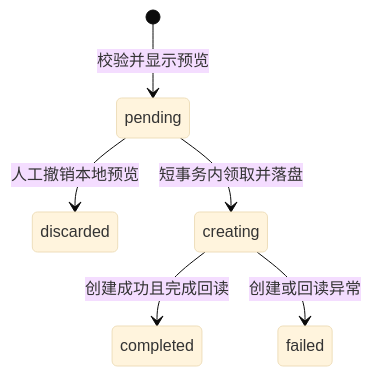
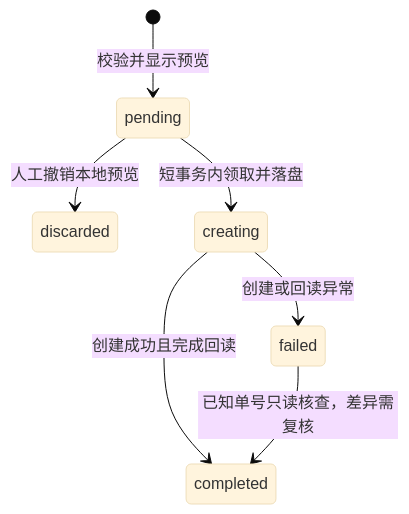
Before and after one commit to chengzhideng2026/gonghe-homework: the second of 2 diagrams in PROJECT_GUIDE.md, drawn with Mermaid (base theme). The commit also changed other lines of this file and 37 other files, not shown here.

````diff
--- a/PROJECT_GUIDE.md
+++ b/PROJECT_GUIDE.md
@@ -197,8 +206,9 @@
 ```mermaid
 stateDiagram-v2
     [*] --> pending: 校验并显示预览
     pending --> discarded: 人工撤销本地预览
     pending --> creating: 短事务内领取并落盘
     creating --> completed: 创建成功且完成回读
     creating --> failed: 创建或回读异常
+    failed --> completed: 已知单号只读核查，差异需复核
 ```
````
